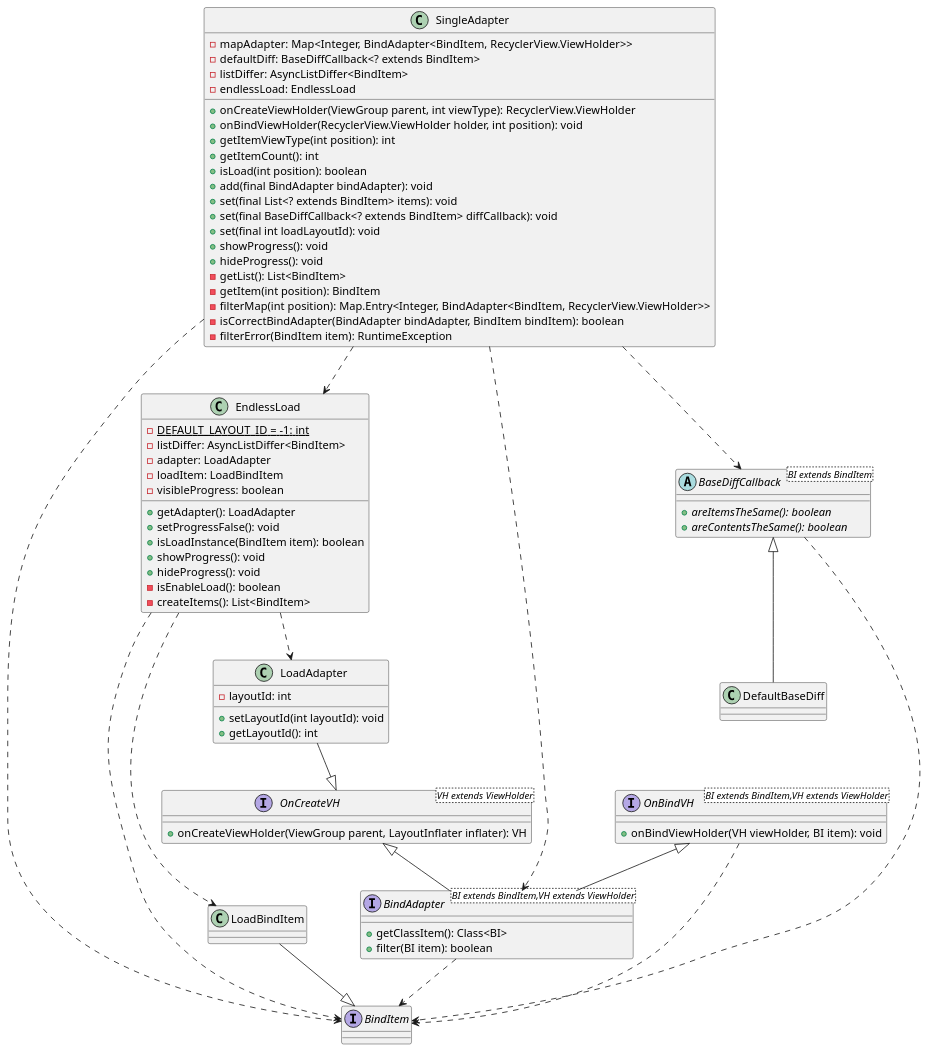
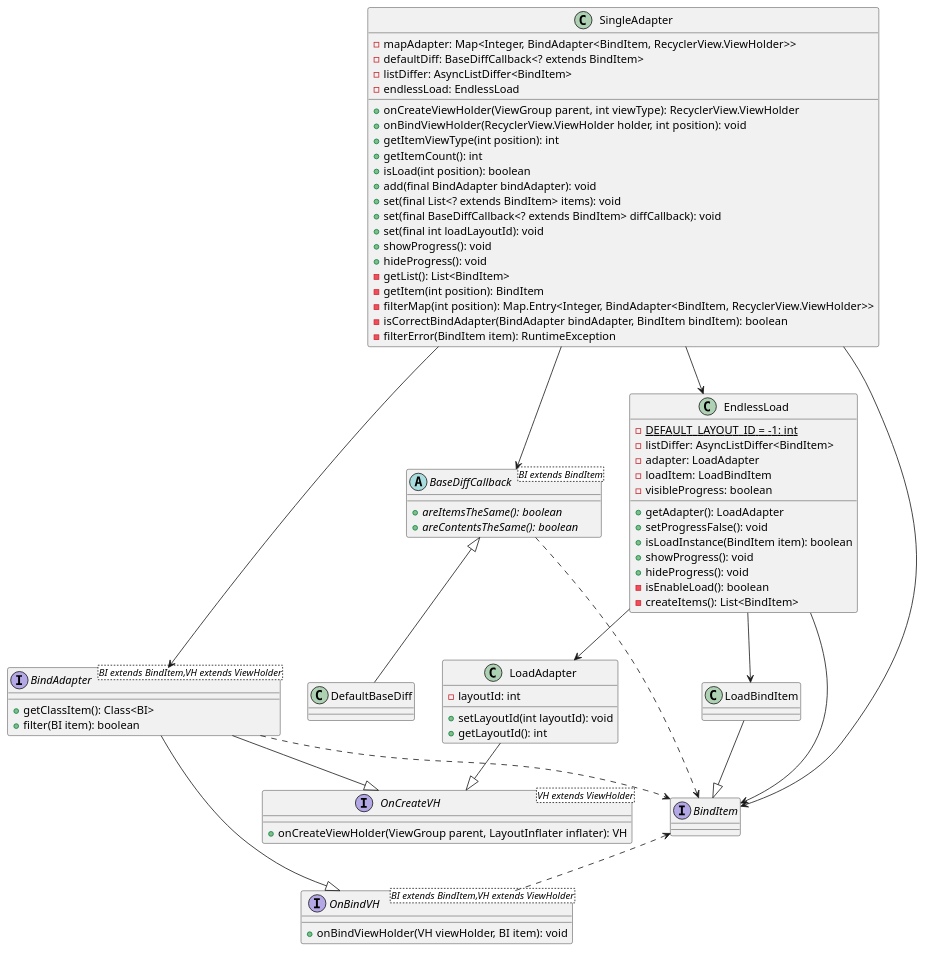
Before and after one commit to vanskarner/SingleAdapter: the diagram in Adapters/app/src/main/java/com/vanskarner/adapters/singleadapter/Diagram.puml, drawn with PlantUML.

Commit message:
Adapters: designing the class diagram of the library

```diff
--- a/Adapters/app/src/main/java/com/vanskarner/adapters/singleadapter/Diagram.puml
+++ b/Adapters/app/src/main/java/com/vanskarner/adapters/singleadapter/Diagram.puml
@@ -1,80 +1,80 @@
 @startuml
 'https://plantuml.com/class-diagram
 class SingleAdapter{
     - mapAdapter: Map<Integer, BindAdapter<BindItem, RecyclerView.ViewHolder>>
     - defaultDiff: BaseDiffCallback<? extends BindItem>
     - listDiffer: AsyncListDiffer<BindItem>
     - endlessLoad: EndlessLoad
 
     + onCreateViewHolder(ViewGroup parent, int viewType): RecyclerView.ViewHolder
     + onBindViewHolder(RecyclerView.ViewHolder holder, int position): void
     + getItemViewType(int position): int
     + getItemCount(): int
     + isLoad(int position): boolean
     + add(final BindAdapter bindAdapter): void
     + set(final List<? extends BindItem> items): void
     + set(final BaseDiffCallback<? extends BindItem> diffCallback): void
     + set(final int loadLayoutId): void
     + showProgress(): void
     + hideProgress(): void
     - getList(): List<BindItem>
     - getItem(int position): BindItem
     - filterMap(int position): Map.Entry<Integer, BindAdapter<BindItem, RecyclerView.ViewHolder>>
     - isCorrectBindAdapter(BindAdapter bindAdapter, BindItem bindItem): boolean
     - filterError(BindItem item): RuntimeException
 }
 class EndlessLoad{
     - {static} DEFAULT_LAYOUT_ID = -1: int
     - listDiffer: AsyncListDiffer<BindItem>
     - adapter: LoadAdapter
     - loadItem: LoadBindItem
     - visibleProgress: boolean
 
     + getAdapter(): LoadAdapter
     + setProgressFalse(): void
     + isLoadInstance(BindItem item): boolean
     + showProgress(): void
     + hideProgress(): void
     - isEnableLoad(): boolean
     - createItems(): List<BindItem>
 }
 class LoadAdapter{
     - layoutId: int
     + setLayoutId(int layoutId): void
     + getLayoutId(): int
 }
 class LoadBindItem
 abstract class BaseDiffCallback<BI extends BindItem>{
     + {abstract} areItemsTheSame(): boolean
     + {abstract} areContentsTheSame(): boolean
 }
 class DefaultBaseDiff
 interface BindItem
 interface OnCreateVH<VH extends ViewHolder>{
     + onCreateViewHolder(ViewGroup parent, LayoutInflater inflater): VH
 }
 interface OnBindVH<BI extends BindItem,VH extends ViewHolder>{
     + onBindViewHolder(VH viewHolder, BI item): void
 }
 interface BindAdapter<BI extends BindItem,VH extends ViewHolder>{
     + getClassItem(): Class<BI>
     + filter(BI item): boolean
 }
 
+SingleAdapter --> BindAdapter
+SingleAdapter --> BindItem
+SingleAdapter --> BaseDiffCallback
+SingleAdapter --> EndlessLoad
+BindItem <.. OnBindVH
+BindAdapter ..> BindItem/''/
+BindAdapter --|> OnCreateVH
+BindAdapter --|> OnBindVH
+BaseDiffCallback ..> BindItem/''/
+BaseDiffCallback <|-- DefaultBaseDiff
+EndlessLoad --> BindItem
+EndlessLoad --> LoadAdapter
+EndlessLoad --> LoadBindItem
+LoadAdapter --|> OnCreateVH
+LoadBindItem --|> BindItem
 
-OnCreateVH <|-- BindAdapter
-OnBindVH <|-- BindAdapter
-OnBindVH ..> BindItem
-BindAdapter ..> BindItem
-BaseDiffCallback ..> BindItem
-BaseDiffCallback <|-- DefaultBaseDiff
-LoadBindItem --|> BindItem
-LoadAdapter --|> OnCreateVH
-EndlessLoad ..> BindItem
-EndlessLoad ..> LoadAdapter
-EndlessLoad ..> LoadBindItem
-SingleAdapter ..> BaseDiffCallback
-SingleAdapter ..> EndlessLoad
-SingleAdapter ..> BindAdapter
-SingleAdapter ..> BindItem
 @enduml
```
